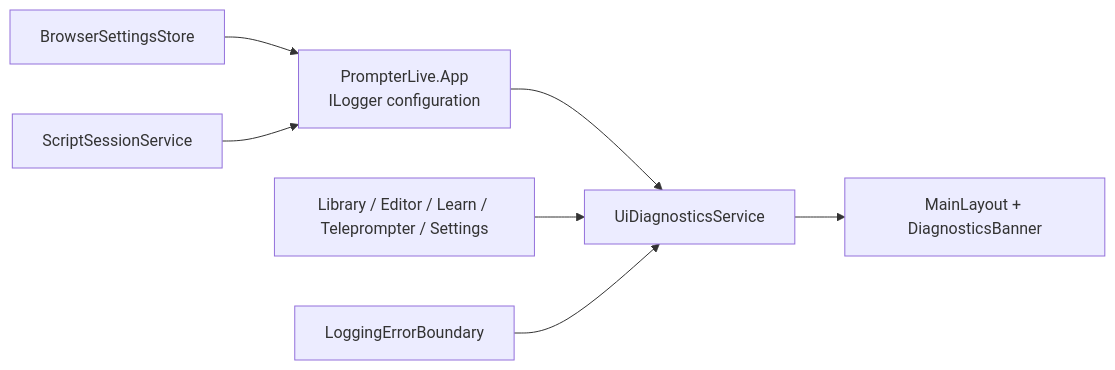
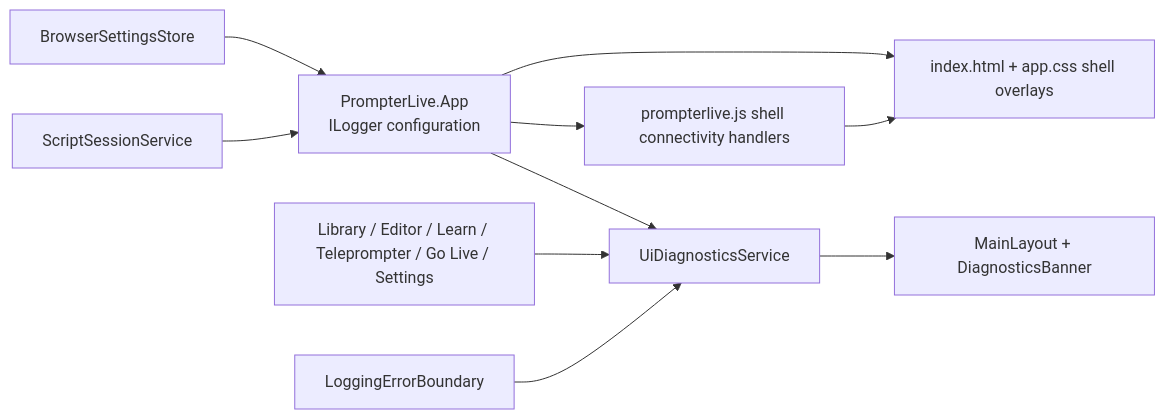
Before and after one commit to managedcode/PrompterOne: the fifth of 11 diagrams in docs/Architecture.md, drawn with Mermaid. The commit also changed other lines of this file and 153 other files, not shown here.

````diff
--- a/docs/Architecture.md
+++ b/docs/Architecture.md
@@ -108,17 +113,22 @@
 ```mermaid
 flowchart LR
     WasmHost["PrompterLive.App<br/>ILogger configuration"]
     Layout["MainLayout + DiagnosticsBanner"]
     Boundary["LoggingErrorBoundary"]
+    Shell["index.html + app.css shell overlays"]
+    ShellJs["prompterlive.js shell connectivity handlers"]
     Diagnostics["UiDiagnosticsService"]
-    Pages["Library / Editor / Learn / Teleprompter / Settings"]
+    Pages["Library / Editor / Learn / Teleprompter / Go Live / Settings"]
     Browser["BrowserSettingsStore"]
     Session["ScriptSessionService"]
 
+    WasmHost --> Shell
+    WasmHost --> ShellJs
     WasmHost --> Diagnostics
     Pages --> Diagnostics
     Browser --> WasmHost
     Session --> WasmHost
     Diagnostics --> Layout
     Boundary --> Diagnostics
+    ShellJs --> Shell
 ```
````
